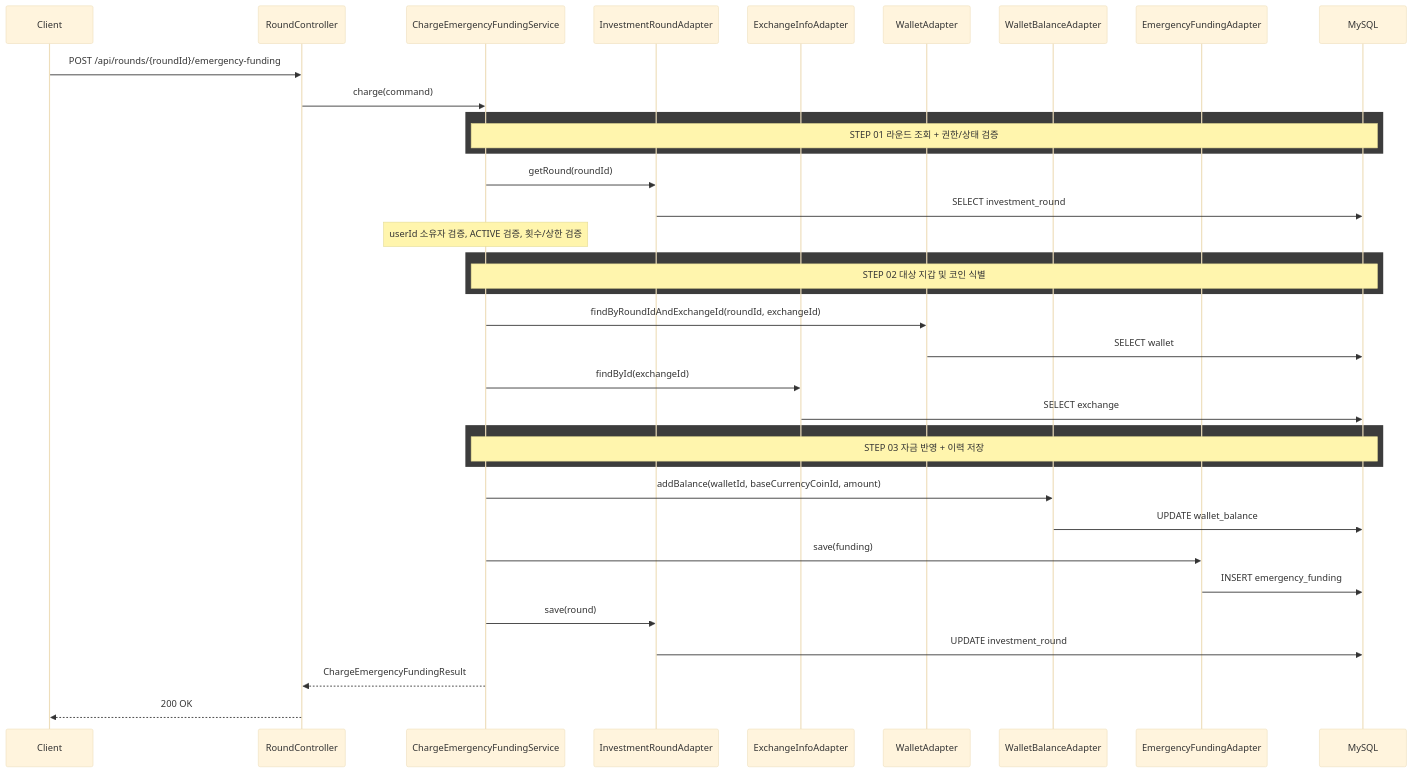
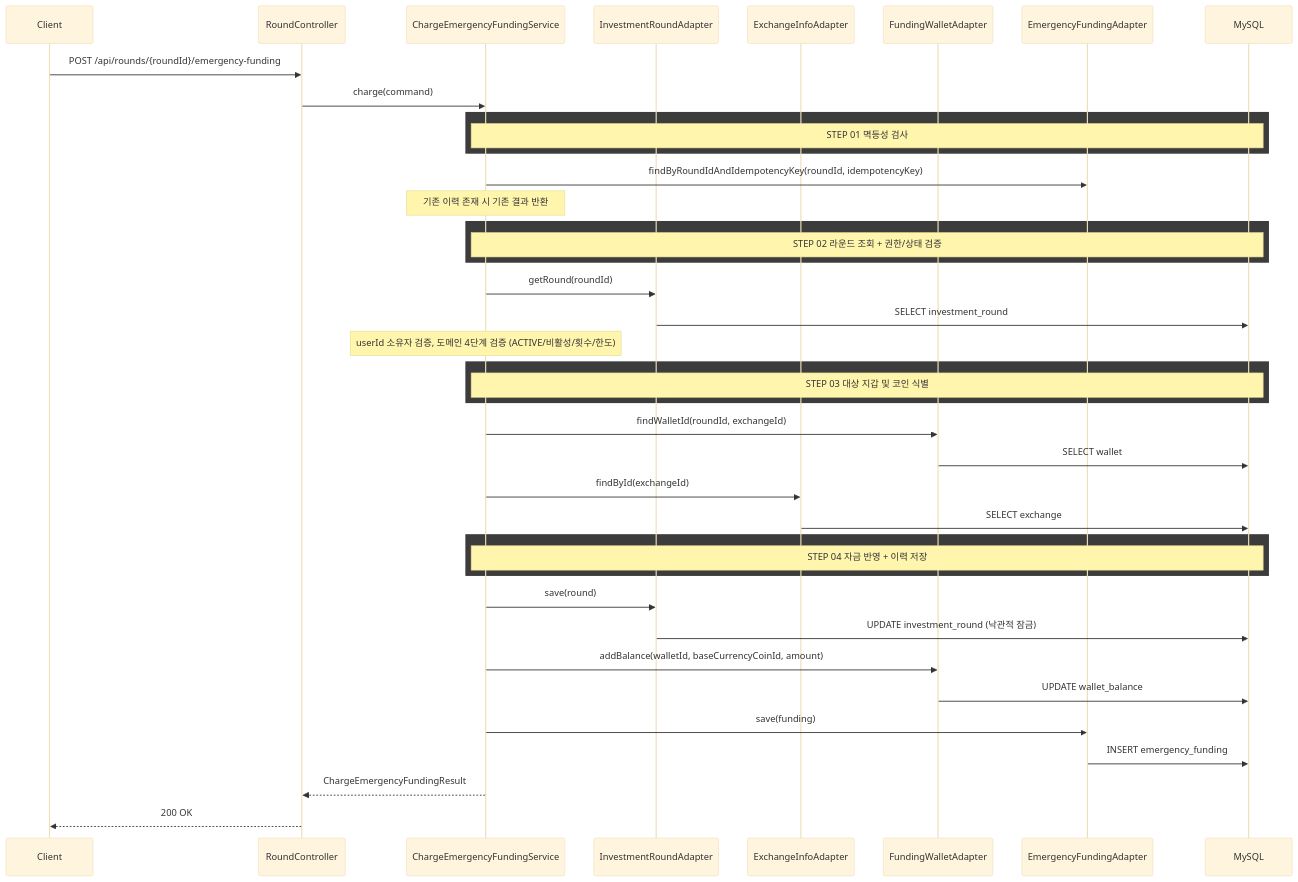
One commit to kim-se-hee/trypto changed the diagram in docs/investmentround/emergency-funding.md. Above: the diagram before and after it, drawn with Mermaid (base theme). The commit also changed other lines of this file and 3 other files, not shown here.

````diff
--- a/docs/investmentround/emergency-funding.md
+++ b/docs/investmentround/emergency-funding.md
@@ -102,43 +101,48 @@
 ```mermaid
 sequenceDiagram
     participant Client
     participant Controller as RoundController
     participant Service as ChargeEmergencyFundingService
     participant RoundAdapter as InvestmentRoundAdapter
     participant ExchangeAdapter as ExchangeInfoAdapter
-    participant WalletAdapter as WalletAdapter
-    participant BalanceAdapter as WalletBalanceAdapter
+    participant FundingWalletAdapter as FundingWalletAdapter
     participant FundingAdapter as EmergencyFundingAdapter
     participant MySQL
 
     Client->>Controller: POST /api/rounds/{roundId}/emergency-funding
     Controller->>Service: charge(command)
 
     rect rgb(60, 60, 60)
-        Note over Service,MySQL: STEP 01 라운드 조회 + 권한/상태 검증
+        Note over Service,MySQL: STEP 01 멱등성 검사
+    end
+    Service->>FundingAdapter: findByRoundIdAndIdempotencyKey(roundId, idempotencyKey)
+    Note over Service: 기존 이력 존재 시 기존 결과 반환
+
+    rect rgb(60, 60, 60)
+        Note over Service,MySQL: STEP 02 라운드 조회 + 권한/상태 검증
     end
     Service->>RoundAdapter: getRound(roundId)
     RoundAdapter->>MySQL: SELECT investment_round
-    Note over Service: userId 소유자 검증, ACTIVE 검증, 횟수/상한 검증
+    Note over Service: userId 소유자 검증, 도메인 4단계 검증 (ACTIVE/비활성/횟수/한도)
 
     rect rgb(60, 60, 60)
-        Note over Service,MySQL: STEP 02 대상 지갑 및 코인 식별
+        Note over Service,MySQL: STEP 03 대상 지갑 및 코인 식별
     end
-    Service->>WalletAdapter: findByRoundIdAndExchangeId(roundId, exchangeId)
-    WalletAdapter->>MySQL: SELECT wallet
+    Service->>FundingWalletAdapter: findWalletId(roundId, exchangeId)
+    FundingWalletAdapter->>MySQL: SELECT wallet
     Service->>ExchangeAdapter: findById(exchangeId)
     ExchangeAdapter->>MySQL: SELECT exchange
 
     rect rgb(60, 60, 60)
-        Note over Service,MySQL: STEP 03 자금 반영 + 이력 저장
+        Note over Service,MySQL: STEP 04 자금 반영 + 이력 저장
     end
-    Service->>BalanceAdapter: addBalance(walletId, baseCurrencyCoinId, amount)
-    BalanceAdapter->>MySQL: UPDATE wallet_balance
+    Service->>RoundAdapter: save(round)
+    RoundAdapter->>MySQL: UPDATE investment_round (낙관적 잠금)
+    Service->>FundingWalletAdapter: addBalance(walletId, baseCurrencyCoinId, amount)
+    FundingWalletAdapter->>MySQL: UPDATE wallet_balance
     Service->>FundingAdapter: save(funding)
     FundingAdapter->>MySQL: INSERT emergency_funding
-    Service->>RoundAdapter: save(round)
-    RoundAdapter->>MySQL: UPDATE investment_round
 
     Service-->>Controller: ChargeEmergencyFundingResult
     Controller-->>Client: 200 OK
 ```
````
